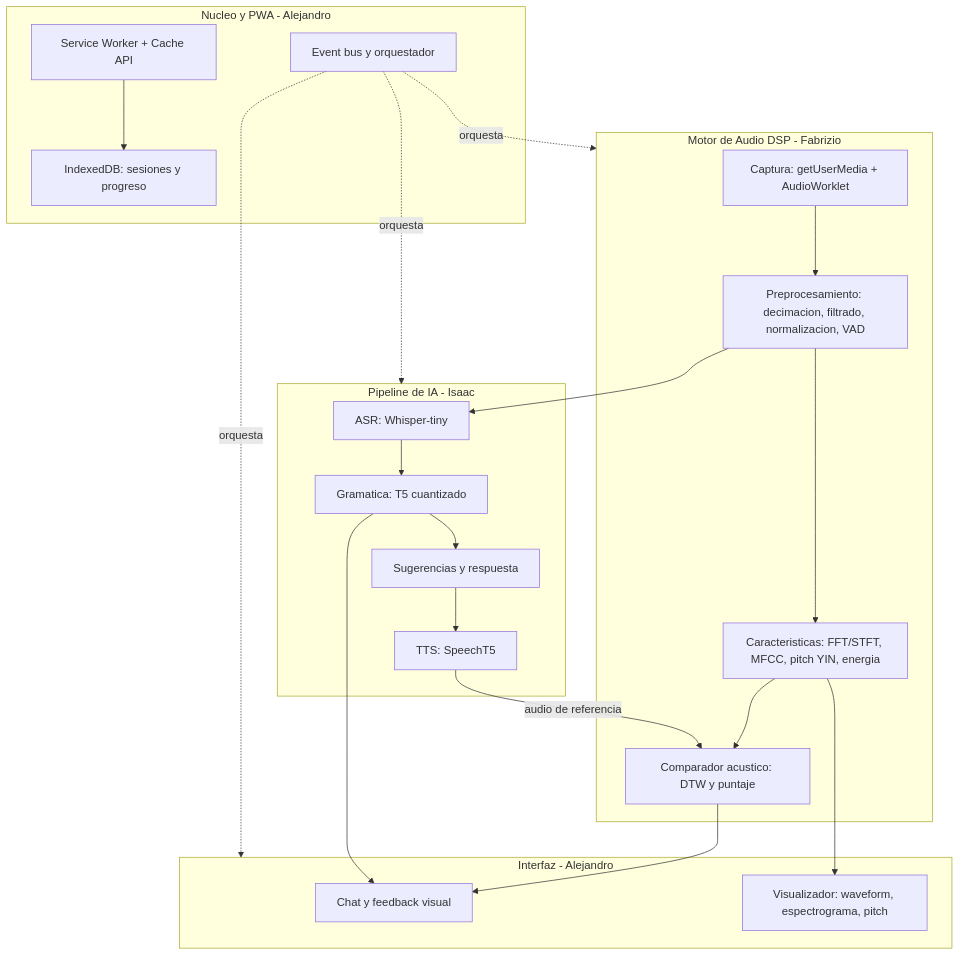
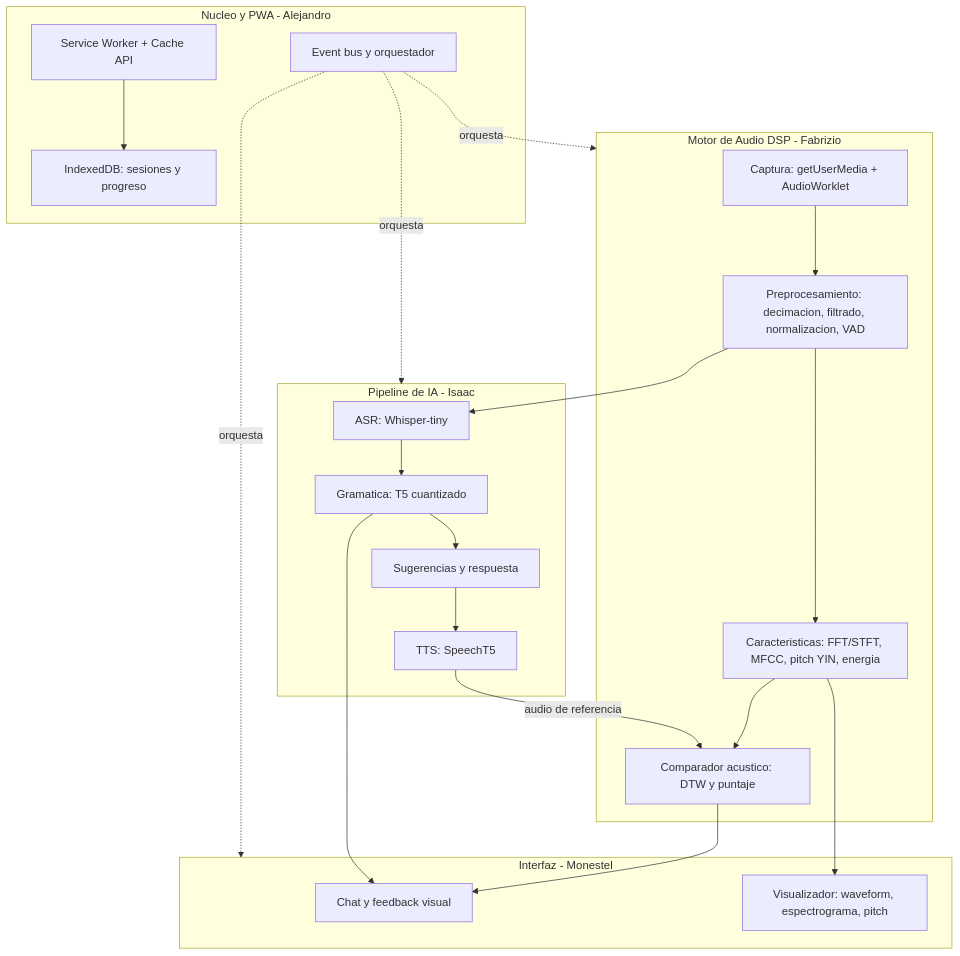
Before and after one commit to HumanoidCat/mpet: the diagram in docs/entregas/avance-1.md, drawn with Mermaid. The commit also changed other lines of this file and 1 other file, not shown here.

````diff
--- a/docs/entregas/avance-1.md
+++ b/docs/entregas/avance-1.md
@@ -132,34 +125,34 @@
 ```mermaid
 flowchart TB
-    subgraph UI["Interfaz - Alejandro"]
+    subgraph UI["Interfaz - Monestel"]
         CHAT[Chat y feedback visual]
         VIS[Visualizador: waveform, espectrograma, pitch]
     end
     subgraph AUDIO["Motor de Audio DSP - Fabrizio"]
         CAP[Captura: getUserMedia + AudioWorklet]
         PRE[Preprocesamiento: decimacion, filtrado, normalizacion, VAD]
         FEAT[Caracteristicas: FFT/STFT, MFCC, pitch YIN, energia]
         COMP[Comparador acustico: DTW y puntaje]
     end
     subgraph IA["Pipeline de IA - Isaac"]
         ASR[ASR: Whisper-tiny]
         GRAM[Gramatica: T5 cuantizado]
         SUG[Sugerencias y respuesta]
         TTS[TTS: SpeechT5]
     end
     subgraph CORE["Nucleo y PWA - Alejandro"]
         BUS[Event bus y orquestador]
         SW[Service Worker + Cache API]
         DB[IndexedDB: sesiones y progreso]
     end
     CAP --> PRE --> FEAT
     FEAT --> COMP
     FEAT --> VIS
     PRE --> ASR
     ASR --> GRAM --> SUG --> TTS
     TTS -->|audio de referencia| COMP
     COMP --> CHAT
     GRAM --> CHAT
     BUS -.orquesta.-> AUDIO & IA & UI
     SW --> DB
 ```
````
